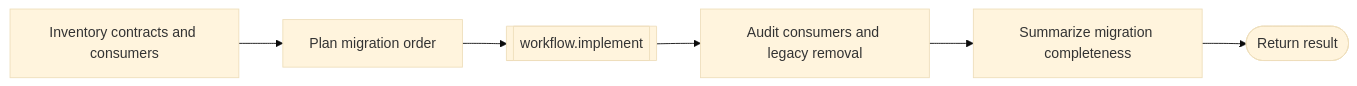
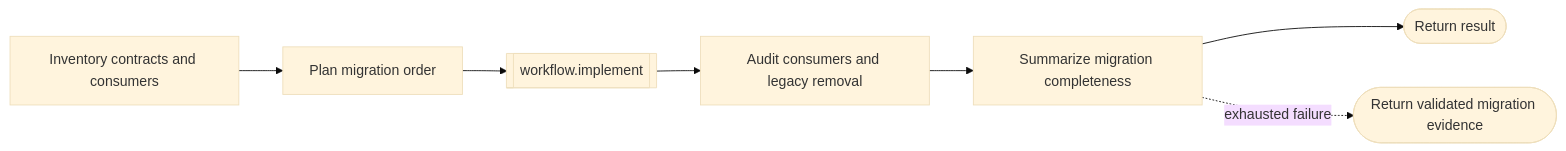
One commit to matthis-k/phenix-agent-harness changed the diagram in modules/phenix-pi/definitions/workflows/sources/migrate.workflow.md. Above: the diagram before and after it, drawn with Mermaid (base theme). The commit also changed other lines of this file and 9 other files, not shown here.

````diff
--- a/modules/phenix-pi/definitions/workflows/sources/migrate.workflow.md
+++ b/modules/phenix-pi/definitions/workflows/sources/migrate.workflow.md
@@ -16,8 +16,9 @@
 ```mermaid
 flowchart LR
     inventory[Inventory contracts and consumers] --> plan[Plan migration order]
     plan --> implement[[workflow.implement]]
     implement --> audit[Audit consumers and legacy removal]
     audit --> finalize[Summarize migration completeness]
     finalize --> return([Return result])
+    finalize -. exhausted failure .-> fallback([Return validated migration evidence])
 ```
````
